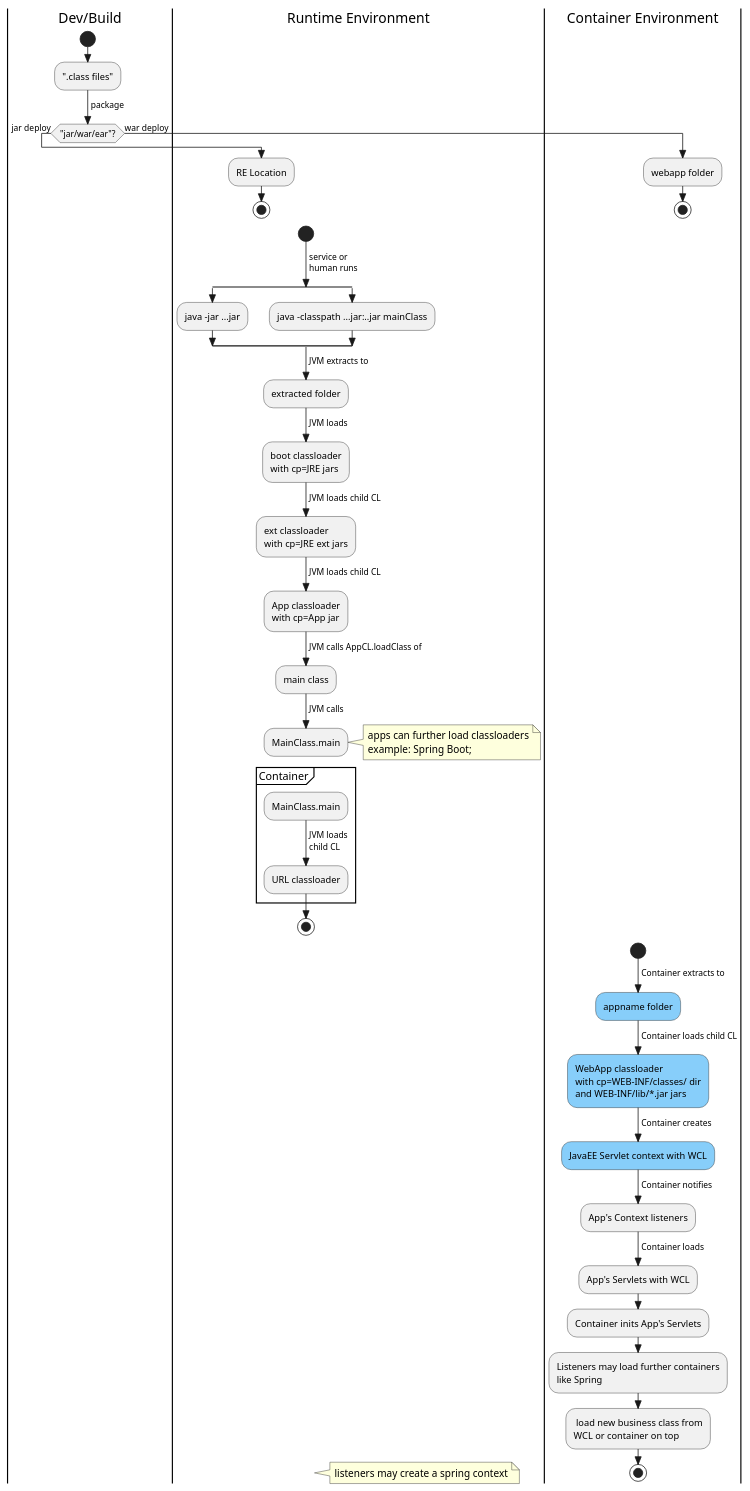
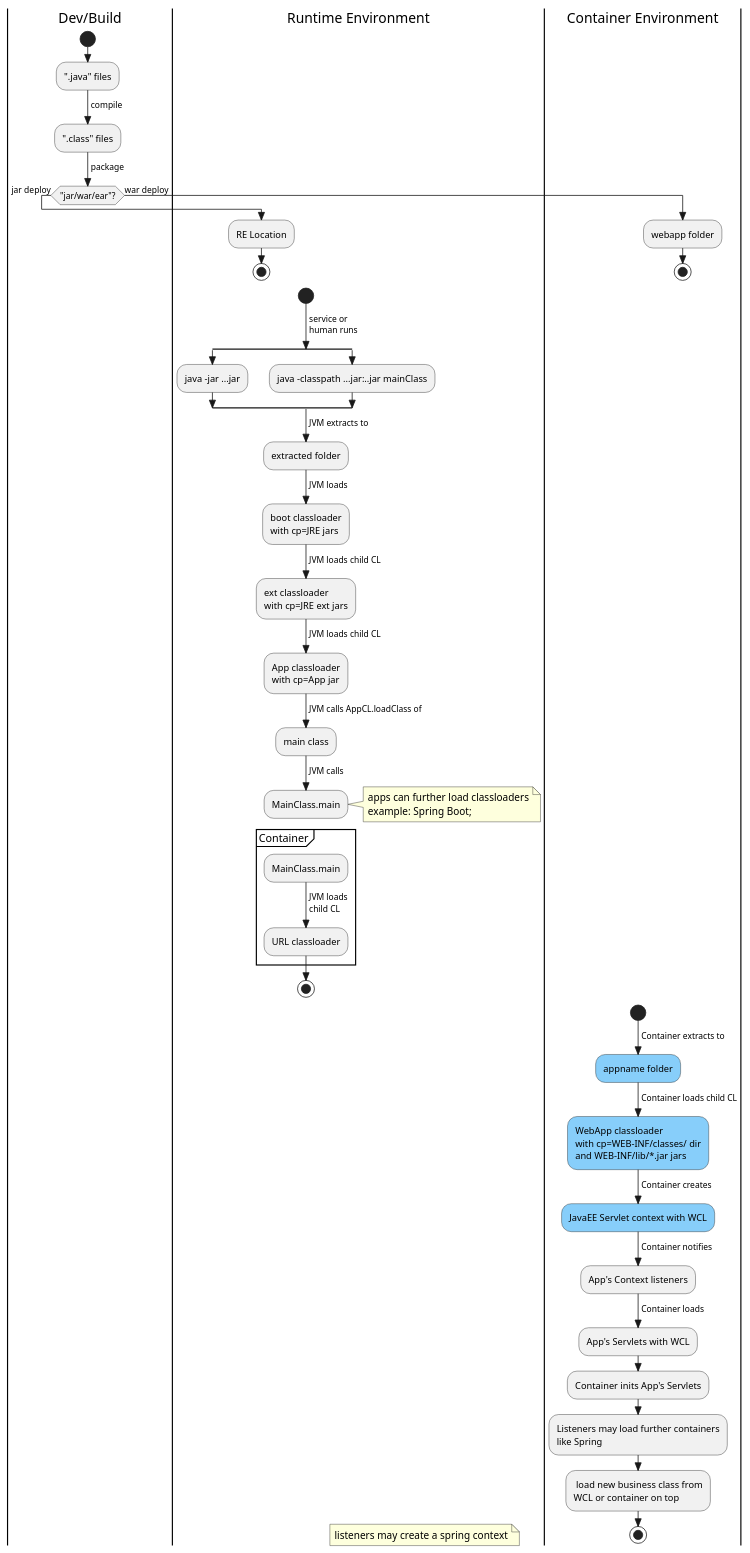
Before and after one commit to pchethan/diys: the diagram in diys/diagrams/bootstrapwithcl.plantuml, drawn with PlantUML.

```diff
--- a/diys/diagrams/bootstrapwithcl.plantuml
+++ b/diys/diagrams/bootstrapwithcl.plantuml
@@ -1,88 +1,90 @@
 @startuml
 skinparam style strictuml
 skinparam defaultFontName Arial
 
 |Dev/Build|
 start
-:".class files";
+:".java" files;
+-> compile;
+:".class" files;
 -> package;
 if ("jar/war/ear"?) equals (jar) then
 ->jar deploy;
 |Runtime Environment|
 :RE Location;
 stop
 else
 ->war deploy;
 |Container Environment|
 :webapp folder;
 stop
 endif
 
 
 |Runtime Environment|
 start
 -> service or 
 human runs;
 split
 :java -jar ...jar;
 split again
 :java -classpath ...jar:..jar mainClass;
 end split
 ->JVM extracts to;
 :extracted folder;
 ->JVM loads;
 :boot classloader
 with cp=JRE jars;
 ->JVM loads child CL;
 :ext classloader 
 with cp=JRE ext jars;
 ->JVM loads child CL;
 :App classloader
 with cp=App jar;
 ->JVM calls AppCL.loadClass of;
 :main class;
 ->JVM calls;
 :MainClass.main;
 note right
 apps can further load classloaders
 example: Spring Boot;
 end note
 -[hidden]->
 
 partition Container {
 :MainClass.main;
 -> JVM loads 
 child CL;
 :URL classloader;
 }
 stop
 
 |Container Environment|
 start
 ->Container extracts to;
 #LightSkyBlue:appname folder;
 ->Container loads child CL;
 #LightSkyBlue:WebApp classloader
 with cp=WEB-INF/classes/ dir
 and WEB-INF/lib/*.jar jars;
 
 ->Container creates;
 #LightSkyBlue:JavaEE Servlet context with WCL;
 ->Container notifies;
 :App's Context listeners;
 ->Container loads;
 :App's Servlets with WCL;
 :Container inits App's Servlets;
 :Listeners may load further containers
 like Spring;
 : load new business class from 
 WCL or container on top;
 stop
 
 |Runtime Environment|
-note right
+floating note right
 listeners may create a spring context
 end note
 
 
 @enduml
```
